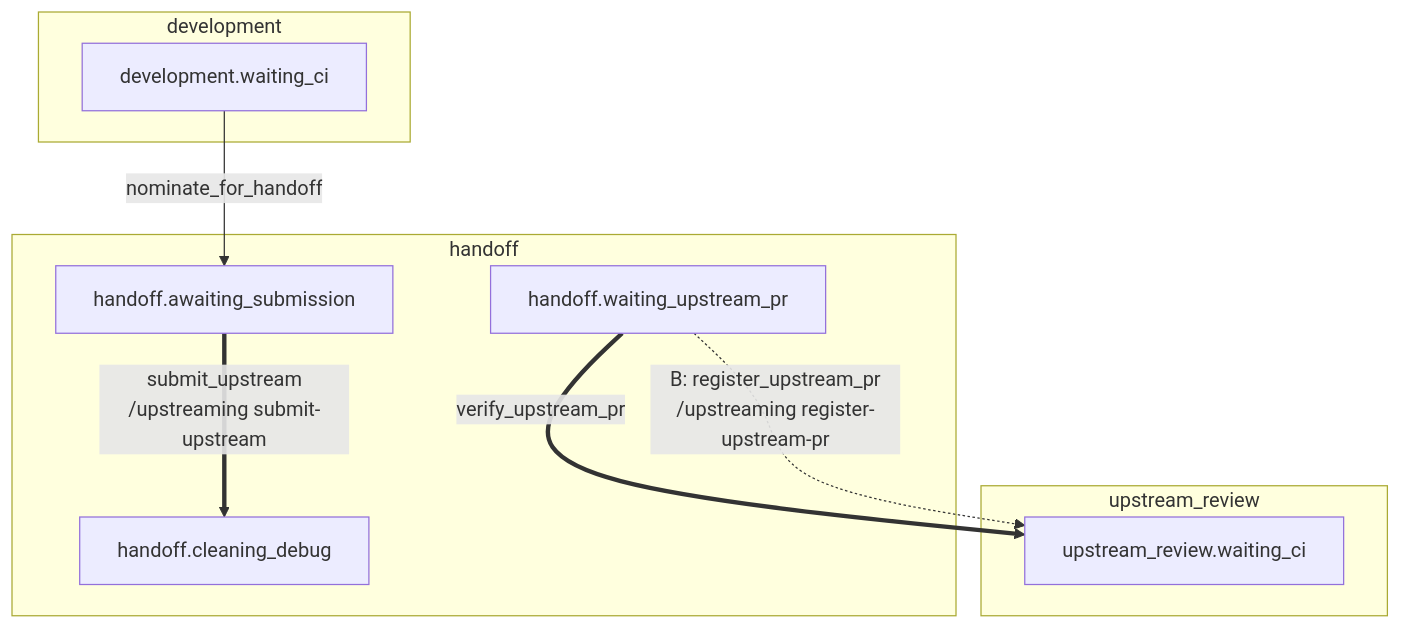
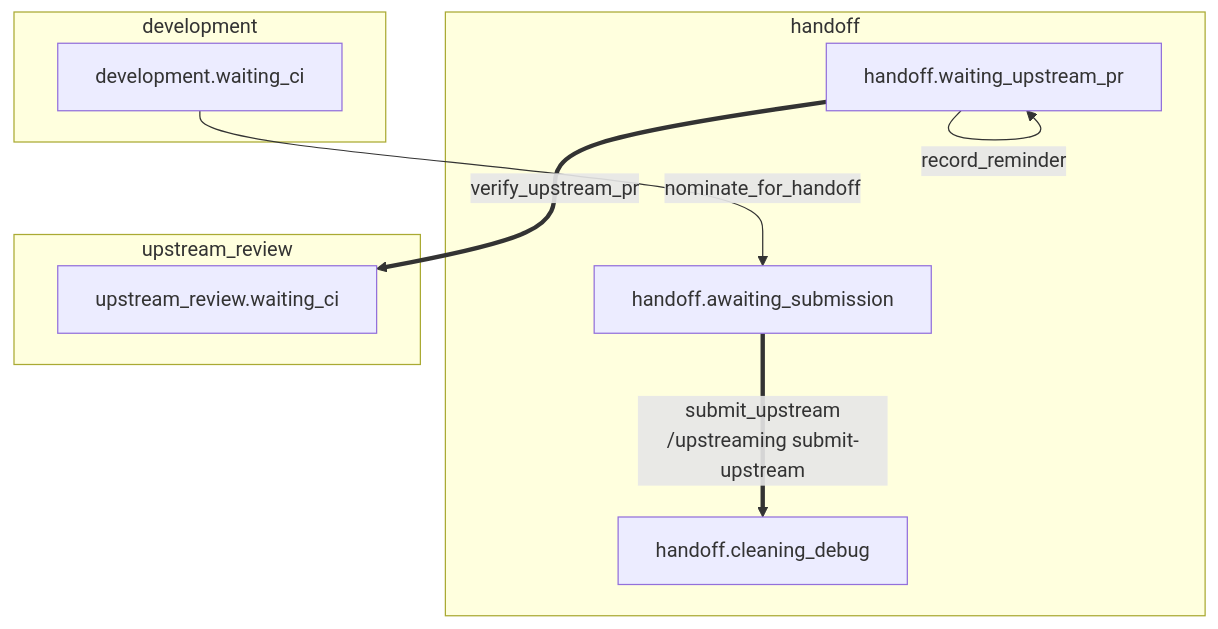
The fourth of 52 diagrams in docs/state-machine/decisions.md (riseproject-dev/porting-agent), drawn with Mermaid before and after one commit. The commit also changed other lines of this file and 9 other files, not shown here.

````diff
--- a/docs/state-machine/decisions.md
+++ b/docs/state-machine/decisions.md
@@ -111,19 +109,19 @@
 ```mermaid
 flowchart TB
     subgraph development["development"]
         development_waiting_ci["development.waiting_ci"]
     end
     subgraph handoff["handoff"]
         handoff_awaiting_submission["handoff.awaiting_submission"]
         handoff_cleaning_debug["handoff.cleaning_debug"]
         handoff_waiting_upstream_pr["handoff.waiting_upstream_pr"]
     end
     subgraph upstream_review["upstream_review"]
         upstream_waiting_ci["upstream_review.waiting_ci"]
     end
 
     development_waiting_ci -->|nominate_for_handoff| handoff_awaiting_submission
     handoff_awaiting_submission ==>|submit_upstream<br/>/upstreaming submit-upstream| handoff_cleaning_debug
+    handoff_waiting_upstream_pr -->|record_reminder| handoff_waiting_upstream_pr
     handoff_waiting_upstream_pr ==>|verify_upstream_pr| upstream_waiting_ci
-    handoff_waiting_upstream_pr -.->|"B: register_upstream_pr<br/>/upstreaming register-upstream-pr"| upstream_waiting_ci
 ```
````
